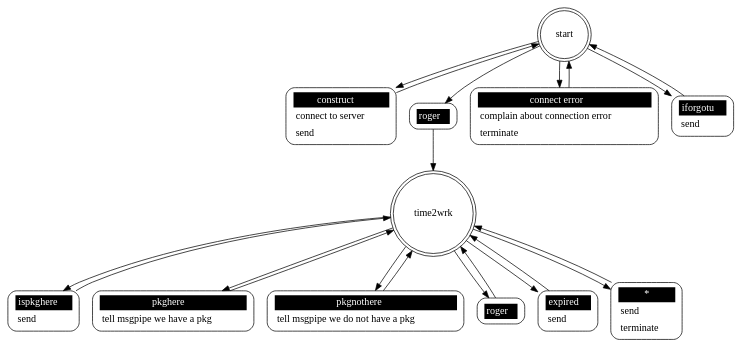
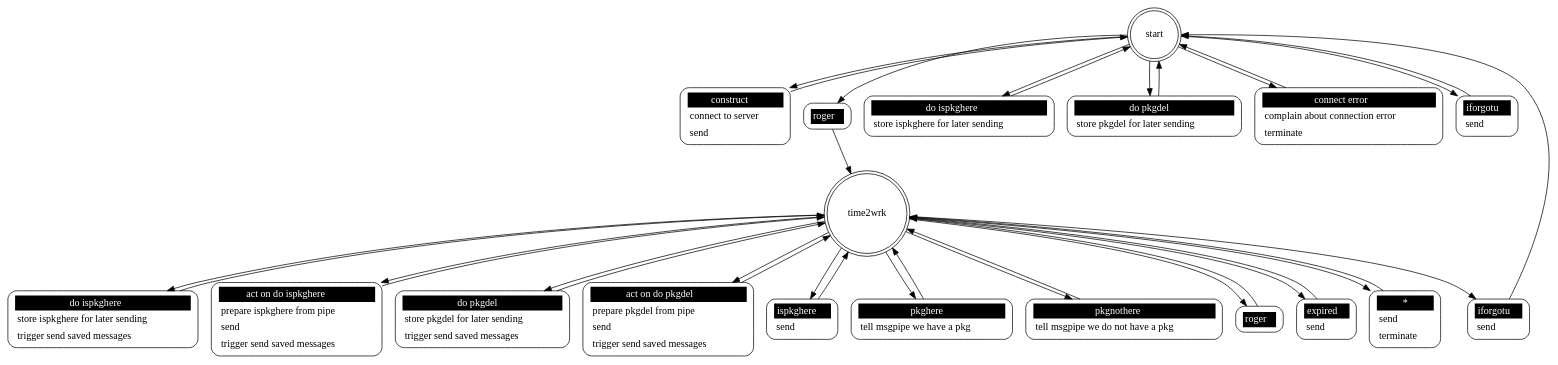
Before and after one commit to Vaelatern/dxpb: the diagram in src/pkgfiler_grapher.dot, drawn with Graphviz. The commit also changed 10 other files, not shown here.

```diff
--- a/src/pkgfiler_grapher.dot
+++ b/src/pkgfiler_grapher.dot
@@ -1,37 +1,58 @@
 ## Automatically generated from pkgfiler_grapher.xml by gsl
 digraph "pkgfiler_grapher" {
 
  "start" [shape = "doublecircle"];
  "start construct" [shape = "Mrecord" style = solid label = <<table border="0" cellborder="0" cellpadding="3" bgcolor="white"><tr><td bgcolor="black" align="center" colspan="2"><font color="white">construct</font></td></tr><tr><td align="left" port="r3">connect to server</td></tr><tr><td align="left" port="r3">send</td></tr></table>>];
  "start" -> "start construct";
  "start construct" -> "start";
  "start roger" [shape = "Mrecord" style = solid label = <<table border="0" cellborder="0" cellpadding="3" bgcolor="white"><tr><td bgcolor="black" align="center" colspan="2"><font color="white">roger</font></td></tr></table>>];
  "start" -> "start roger";
  "start roger" -> "time2wrk";
+ "start do ispkghere" [shape = "Mrecord" style = solid label = <<table border="0" cellborder="0" cellpadding="3" bgcolor="white"><tr><td bgcolor="black" align="center" colspan="2"><font color="white">do ispkghere</font></td></tr><tr><td align="left" port="r3">store ispkghere for later sending</td></tr></table>>];
+ "start" -> "start do ispkghere";
+ "start do ispkghere" -> "start";
+ "start do pkgdel" [shape = "Mrecord" style = solid label = <<table border="0" cellborder="0" cellpadding="3" bgcolor="white"><tr><td bgcolor="black" align="center" colspan="2"><font color="white">do pkgdel</font></td></tr><tr><td align="left" port="r3">store pkgdel for later sending</td></tr></table>>];
+ "start" -> "start do pkgdel";
+ "start do pkgdel" -> "start";
  "start connect error" [shape = "Mrecord" style = solid label = <<table border="0" cellborder="0" cellpadding="3" bgcolor="white"><tr><td bgcolor="black" align="center" colspan="2"><font color="white">connect error</font></td></tr><tr><td align="left" port="r3">complain about connection error</td></tr><tr><td align="left" port="r3">terminate</td></tr></table>>];
  "start" -> "start connect error";
  "start connect error" -> "start";
  "start iforgotu" [shape = "Mrecord" style = solid label = <<table border="0" cellborder="0" cellpadding="3" bgcolor="white"><tr><td bgcolor="black" align="center" colspan="2"><font color="white">iforgotu</font></td></tr><tr><td align="left" port="r3">send</td></tr></table>>];
  "start" -> "start iforgotu";
  "start iforgotu" -> "start";
 
  "time2wrk" [shape = "doublecircle"];
+ "time2wrk do ispkghere" [shape = "Mrecord" style = solid label = <<table border="0" cellborder="0" cellpadding="3" bgcolor="white"><tr><td bgcolor="black" align="center" colspan="2"><font color="white">do ispkghere</font></td></tr><tr><td align="left" port="r3">store ispkghere for later sending</td></tr><tr><td align="left" port="r3">trigger send saved messages</td></tr></table>>];
+ "time2wrk" -> "time2wrk do ispkghere";
+ "time2wrk do ispkghere" -> "time2wrk";
+ "time2wrk act on do ispkghere" [shape = "Mrecord" style = solid label = <<table border="0" cellborder="0" cellpadding="3" bgcolor="white"><tr><td bgcolor="black" align="center" colspan="2"><font color="white">act on do ispkghere</font></td></tr><tr><td align="left" port="r3">prepare ispkghere from pipe</td></tr><tr><td align="left" port="r3">send</td></tr><tr><td align="left" port="r3">trigger send saved messages</td></tr></table>>];
+ "time2wrk" -> "time2wrk act on do ispkghere";
+ "time2wrk act on do ispkghere" -> "time2wrk";
+ "time2wrk do pkgdel" [shape = "Mrecord" style = solid label = <<table border="0" cellborder="0" cellpadding="3" bgcolor="white"><tr><td bgcolor="black" align="center" colspan="2"><font color="white">do pkgdel</font></td></tr><tr><td align="left" port="r3">store pkgdel for later sending</td></tr><tr><td align="left" port="r3">trigger send saved messages</td></tr></table>>];
+ "time2wrk" -> "time2wrk do pkgdel";
+ "time2wrk do pkgdel" -> "time2wrk";
+ "time2wrk act on do pkgdel" [shape = "Mrecord" style = solid label = <<table border="0" cellborder="0" cellpadding="3" bgcolor="white"><tr><td bgcolor="black" align="center" colspan="2"><font color="white">act on do pkgdel</font></td></tr><tr><td align="left" port="r3">prepare pkgdel from pipe</td></tr><tr><td align="left" port="r3">send</td></tr><tr><td align="left" port="r3">trigger send saved messages</td></tr></table>>];
+ "time2wrk" -> "time2wrk act on do pkgdel";
+ "time2wrk act on do pkgdel" -> "time2wrk";
  "time2wrk ispkghere" [shape = "Mrecord" style = solid label = <<table border="0" cellborder="0" cellpadding="3" bgcolor="white"><tr><td bgcolor="black" align="center" colspan="2"><font color="white">ispkghere</font></td></tr><tr><td align="left" port="r3">send</td></tr></table>>];
  "time2wrk" -> "time2wrk ispkghere";
  "time2wrk ispkghere" -> "time2wrk";
  "time2wrk pkghere" [shape = "Mrecord" style = solid label = <<table border="0" cellborder="0" cellpadding="3" bgcolor="white"><tr><td bgcolor="black" align="center" colspan="2"><font color="white">pkghere</font></td></tr><tr><td align="left" port="r3">tell msgpipe we have a pkg</td></tr></table>>];
  "time2wrk" -> "time2wrk pkghere";
  "time2wrk pkghere" -> "time2wrk";
  "time2wrk pkgnothere" [shape = "Mrecord" style = solid label = <<table border="0" cellborder="0" cellpadding="3" bgcolor="white"><tr><td bgcolor="black" align="center" colspan="2"><font color="white">pkgnothere</font></td></tr><tr><td align="left" port="r3">tell msgpipe we do not have a pkg</td></tr></table>>];
  "time2wrk" -> "time2wrk pkgnothere";
  "time2wrk pkgnothere" -> "time2wrk";
  "time2wrk roger" [shape = "Mrecord" style = solid label = <<table border="0" cellborder="0" cellpadding="3" bgcolor="white"><tr><td bgcolor="black" align="center" colspan="2"><font color="white">roger</font></td></tr></table>>];
  "time2wrk" -> "time2wrk roger";
  "time2wrk roger" -> "time2wrk";
  "time2wrk expired" [shape = "Mrecord" style = solid label = <<table border="0" cellborder="0" cellpadding="3" bgcolor="white"><tr><td bgcolor="black" align="center" colspan="2"><font color="white">expired</font></td></tr><tr><td align="left" port="r3">send</td></tr></table>>];
  "time2wrk" -> "time2wrk expired";
  "time2wrk expired" -> "time2wrk";
  "time2wrk *" [shape = "Mrecord" style = solid label = <<table border="0" cellborder="0" cellpadding="3" bgcolor="white"><tr><td bgcolor="black" align="center" colspan="2"><font color="white">*</font></td></tr><tr><td align="left" port="r3">send</td></tr><tr><td align="left" port="r3">terminate</td></tr></table>>];
  "time2wrk" -> "time2wrk *";
  "time2wrk *" -> "time2wrk";
+ "time2wrk iforgotu" [shape = "Mrecord" style = solid label = <<table border="0" cellborder="0" cellpadding="3" bgcolor="white"><tr><td bgcolor="black" align="center" colspan="2"><font color="white">iforgotu</font></td></tr><tr><td align="left" port="r3">send</td></tr></table>>];
+ "time2wrk" -> "time2wrk iforgotu";
+ "time2wrk iforgotu" -> "start";
 }
```
